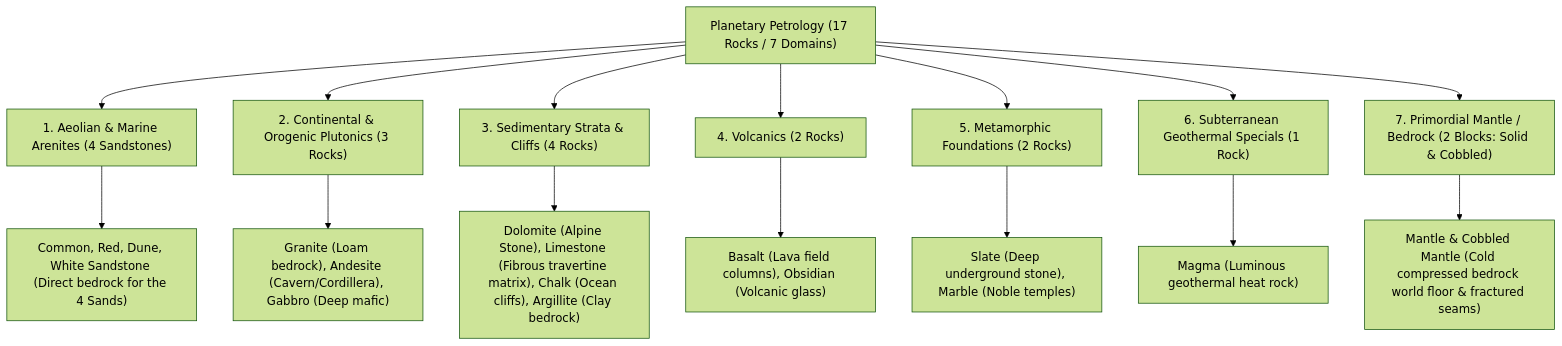
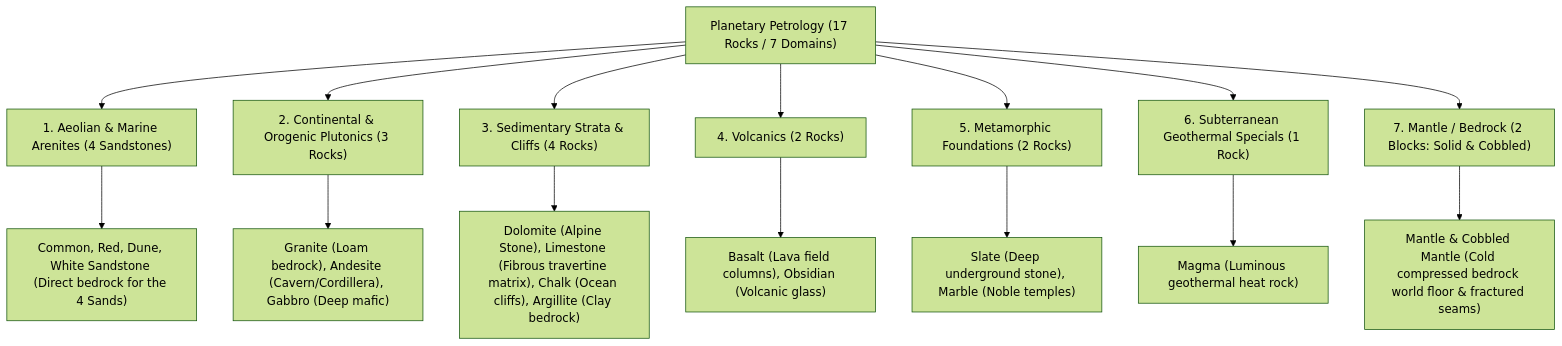
Before and after one commit to gabrtzweb/VoxelGameEngine: the diagram in docs/worldbuilding/blocks/rocks_design.md, drawn with Mermaid (forest theme). The commit also changed other lines of this file and 39 other files, not shown here.

````diff
--- a/docs/worldbuilding/blocks/rocks_design.md
+++ b/docs/worldbuilding/blocks/rocks_design.md
@@ -17,18 +17,18 @@
 ```mermaid
 graph TD
     R["Planetary Petrology (17 Rocks / 7 Domains)"] --> D1["1. Aeolian & Marine Arenites (4 Sandstones)"]
     R --> D2["2. Continental & Orogenic Plutonics (3 Rocks)"]
     R --> D3["3. Sedimentary Strata & Cliffs (4 Rocks)"]
     R --> D4["4. Volcanics (2 Rocks)"]
     R --> D5["5. Metamorphic Foundations (2 Rocks)"]
     R --> D6["6. Subterranean Geothermal Specials (1 Rock)"]
-    R --> D7["7. Primordial Mantle / Bedrock (2 Blocks: Solid & Cobbled)"]
+    R --> D7["7. Mantle / Bedrock (2 Blocks: Solid & Cobbled)"]
 
     D1 --> D1a["Common, Red, Dune, White Sandstone (Direct bedrock for the 4 Sands)"]
     D2 --> D2a["Granite (Loam bedrock), Andesite (Cavern/Cordillera), Gabbro (Deep mafic)"]
     D3 --> D3a["Dolomite (Alpine Stone), Limestone (Fibrous travertine matrix), Chalk (Ocean cliffs), Argillite (Clay bedrock)"]
     D4 --> D4a["Basalt (Lava field columns), Obsidian (Volcanic glass)"]
     D5 --> D5a["Slate (Deep underground stone), Marble (Noble temples)"]
     D6 --> D6a["Magma (Luminous geothermal heat rock)"]
     D7 --> D7a["Mantle & Cobbled Mantle (Cold compressed bedrock world floor & fractured seams)"]
 ```
````
